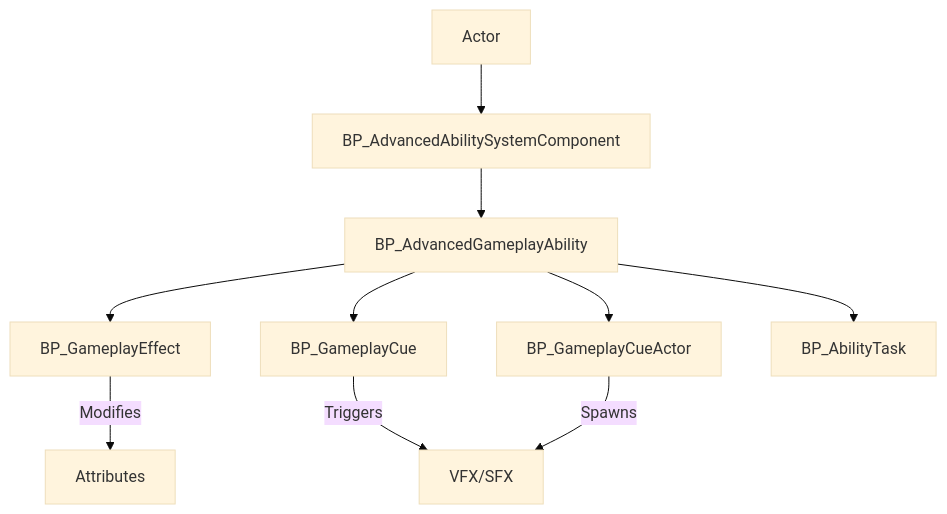
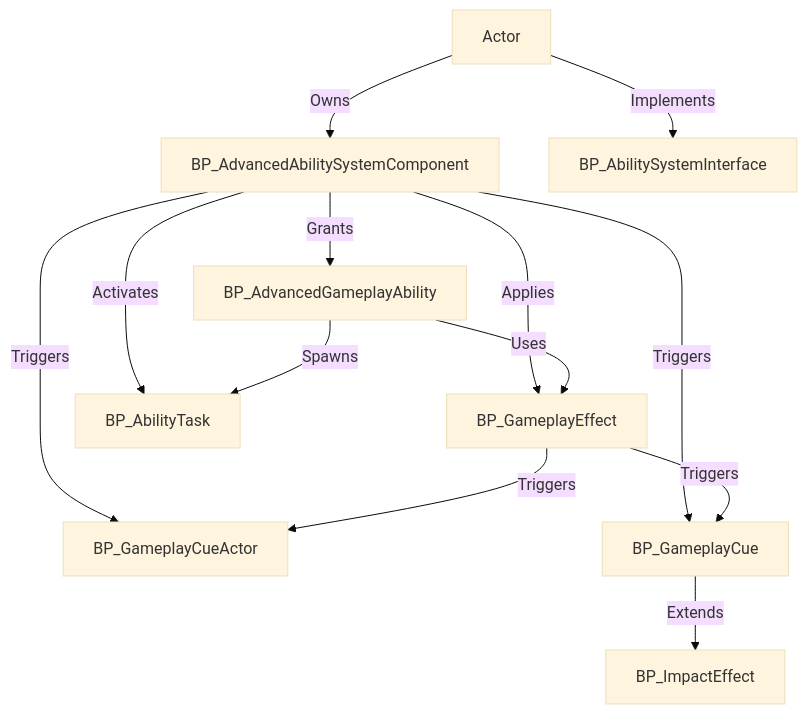
Before and after one commit to GameCodeMastery/documentation: the diagram in content/Advanced ARPG Combat/Advanced Ability Framework/Ability Framework Overview.md, drawn with Mermaid (base theme). The commit also changed other lines of this file and 32 other files, not shown here.

````diff
--- a/content/Advanced ARPG Combat/Advanced Ability Framework/Ability Framework Overview.md
+++ b/content/Advanced ARPG Combat/Advanced Ability Framework/Ability Framework Overview.md
@@ -41,12 +30,15 @@
 ```mermaid
 graph TD
-    A[Actor] --> B[BP_AdvancedAbilitySystemComponent]
-    B --> C[BP_AdvancedGameplayAbility]
-    C --> D[BP_GameplayEffect]
-    C --> E[BP_GameplayCueActor]
-    C --> F[BP_GameplayCue]
-    C --> G[BP_AbilityTask]
-    D -->|Modifies| H[Attributes]
-    F -->|Triggers| I[VFX/SFX]
-    E -->|Spawns| I
+    A[Actor] -->|Owns| B[BP_AdvancedAbilitySystemComponent]
+    B -->|Grants| C[BP_AdvancedGameplayAbility]
+    B -->|Applies| D[BP_GameplayEffect]
+    B -->|Activates| E[BP_AbilityTask]
+    B -->|Triggers| F[BP_GameplayCueActor]
+    B -->|Triggers| G[BP_GameplayCue]
+    G -->|Extends| H[BP_ImpactEffect]
+    A -->|Implements| I[BP_AbilitySystemInterface]
+    C -->|Uses| D
+    D -->|Triggers| F
+    D -->|Triggers| G
+    C -->|Spawns| E
 ```
````
